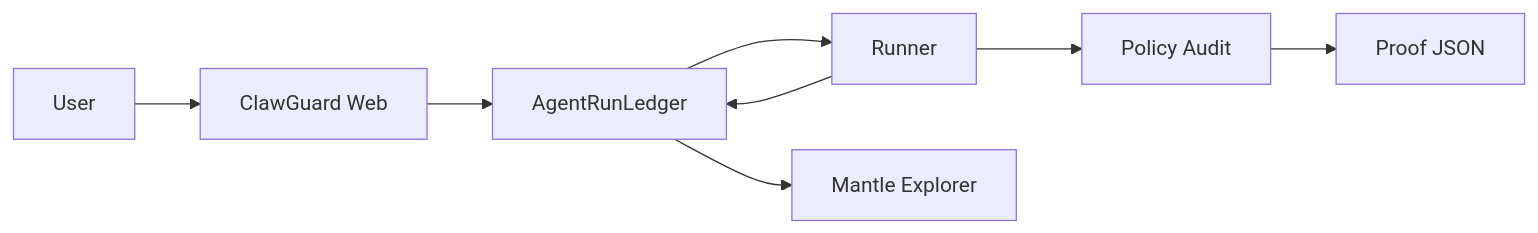
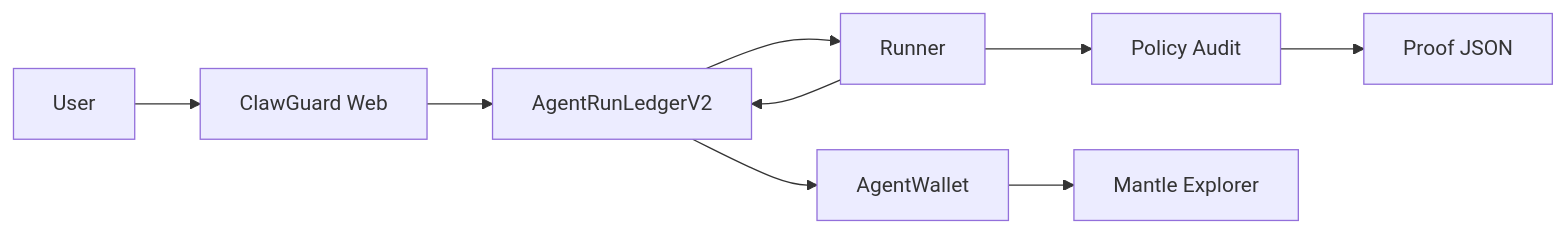
One commit to smmyth/clawguard-ai-wallets changed the diagram in README.md. Above: the diagram before and after it, drawn with Mermaid. The commit also changed other lines of this file and 26 other files, not shown here.

````diff
--- a/README.md
+++ b/README.md
@@ -73,10 +79,11 @@
 ```mermaid
 flowchart LR
   U["User"] --> W["ClawGuard Web"]
-  W --> L["AgentRunLedger"]
+  W --> L["AgentRunLedgerV2"]
   L --> R["Runner"]
   R --> A["Policy Audit"]
   A --> P["Proof JSON"]
   R --> L
-  L --> E["Mantle Explorer"]
+  L --> G["AgentWallet"]
+  G --> E["Mantle Explorer"]
 ```
````
